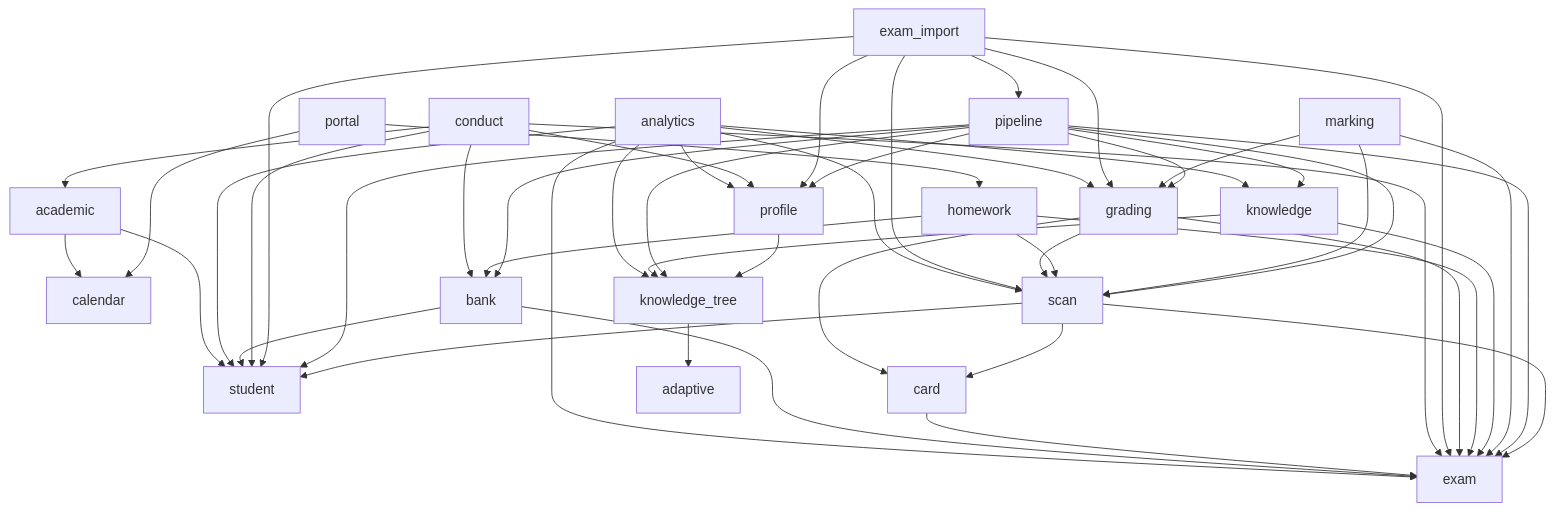
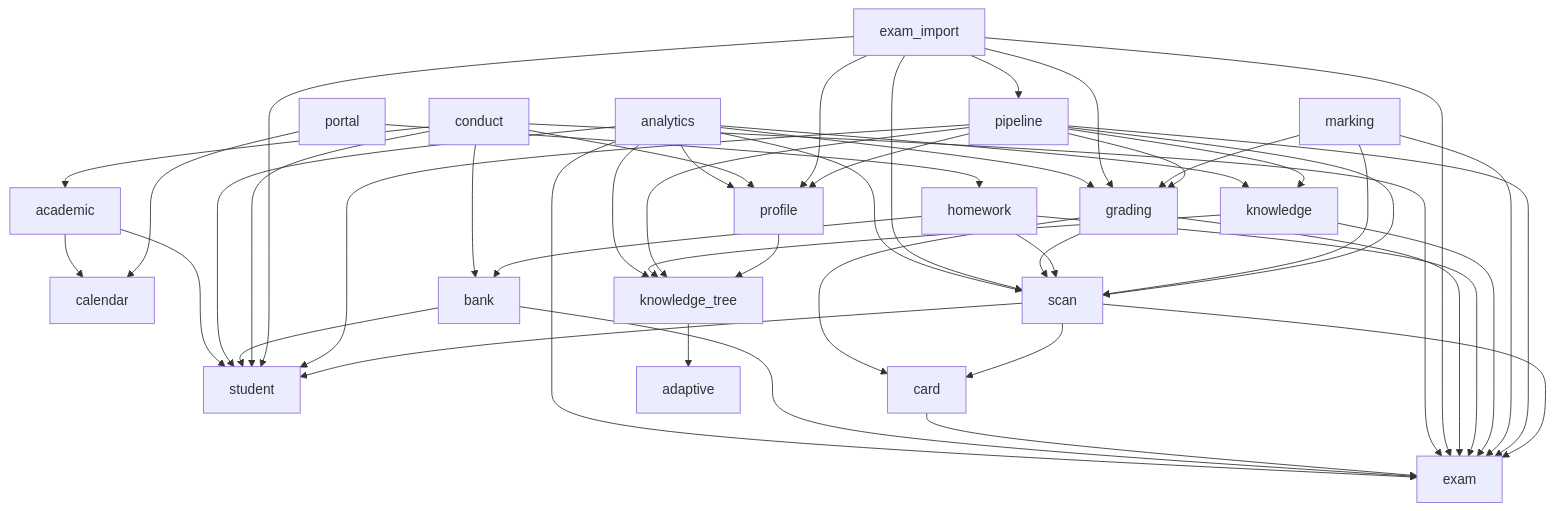
Before and after one commit to juanwan99/edu-cloud: the diagram in docs/governance/dependency-graph.md, drawn with Mermaid. The commit also changed 8 other files, not shown here.

Commit message:
refactor(pipeline): cut bank artifact dependency

````diff
--- a/docs/governance/dependency-graph.md
+++ b/docs/governance/dependency-graph.md
@@ -5,52 +5,51 @@
 ```mermaid
 flowchart TD
   academic --> calendar
   academic --> student
   analytics --> exam
   analytics --> scan
   analytics --> grading
   analytics --> student
   analytics --> knowledge
   analytics --> knowledge_tree
   analytics --> profile
   bank --> exam
   bank --> student
   card --> exam
   conduct --> academic
   conduct --> bank
   conduct --> exam
   conduct --> profile
   conduct --> student
   exam_import --> exam
   exam_import --> grading
   exam_import --> pipeline
   exam_import --> profile
   exam_import --> scan
   exam_import --> student
   grading --> card
   grading --> exam
   grading --> scan
   homework --> exam
   homework --> scan
   homework --> bank
   knowledge --> exam
   knowledge --> knowledge_tree
   knowledge_tree --> adaptive
   marking --> exam
   marking --> scan
   marking --> grading
-  pipeline --> bank
   pipeline --> exam
   pipeline --> grading
   pipeline --> knowledge
   pipeline --> knowledge_tree
   pipeline --> profile
   pipeline --> scan
   pipeline --> student
   portal --> calendar
   portal --> homework
   profile --> knowledge_tree
   scan --> exam
   scan --> card
   scan --> student
 ```
````
